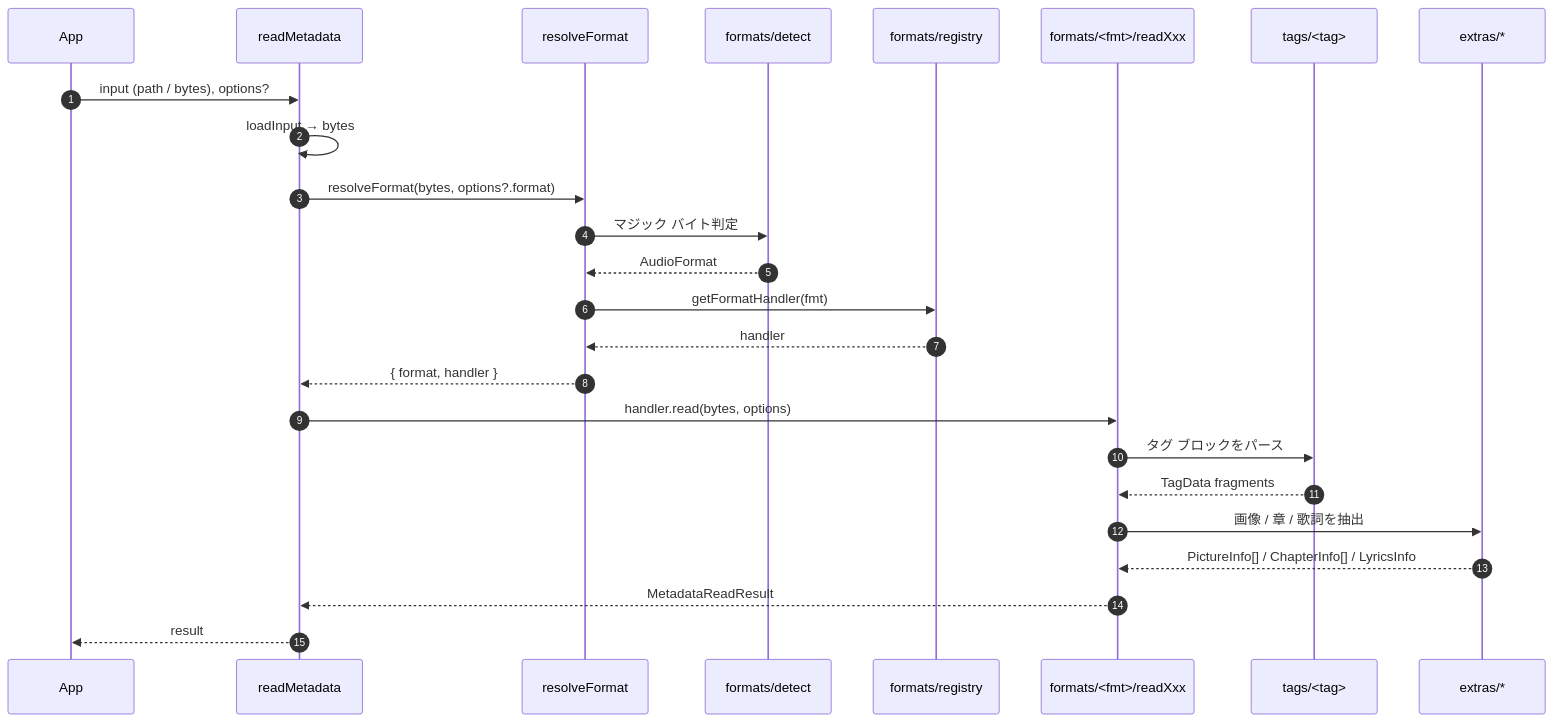
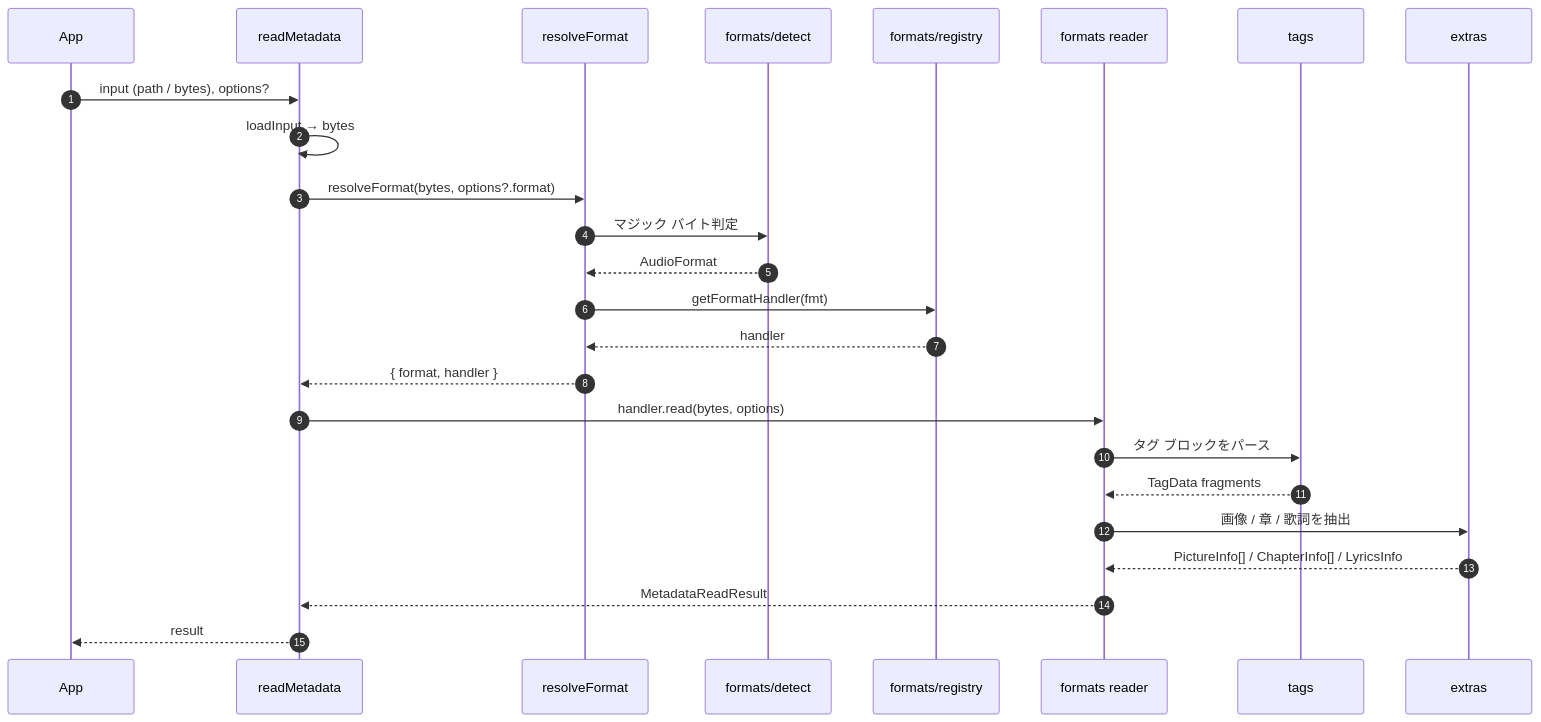
One commit to akabekobeko/npm-music-metadata-editor changed the fourth of 5 diagrams in docs/pkg/core/architecture.md. Above: the diagram before and after it, drawn with Mermaid. The commit also changed other lines of this file and 2 other files, not shown here.

First line of the commit message:
docs(multiple): fix mermaid diagram rendering on GitHub (#33)

````diff
--- a/docs/pkg/core/architecture.md
+++ b/docs/pkg/core/architecture.md
@@ -173,28 +150,28 @@
 ```mermaid
 sequenceDiagram
     autonumber
     participant App
     participant API as readMetadata
     participant Resolve as resolveFormat
     participant Detect as formats/detect
     participant Registry as formats/registry
-    participant Reader as formats/<fmt>/readXxx
-    participant Tag as tags/<tag>
-    participant Extras as extras/*
+    participant Reader as formats reader
+    participant Tag as tags
+    participant Extras as extras
 
     App->>API: input (path / bytes), options?
     API->>API: loadInput → bytes
     API->>Resolve: resolveFormat(bytes, options?.format)
     Resolve->>Detect: マジック バイト判定
     Detect-->>Resolve: AudioFormat
     Resolve->>Registry: getFormatHandler(fmt)
     Registry-->>Resolve: handler
     Resolve-->>API: { format, handler }
     API->>Reader: handler.read(bytes, options)
     Reader->>Tag: タグ ブロックをパース
     Tag-->>Reader: TagData fragments
     Reader->>Extras: 画像 / 章 / 歌詞を抽出
     Extras-->>Reader: PictureInfo[] / ChapterInfo[] / LyricsInfo
     Reader-->>API: MetadataReadResult
     API-->>App: result
 ```
````
